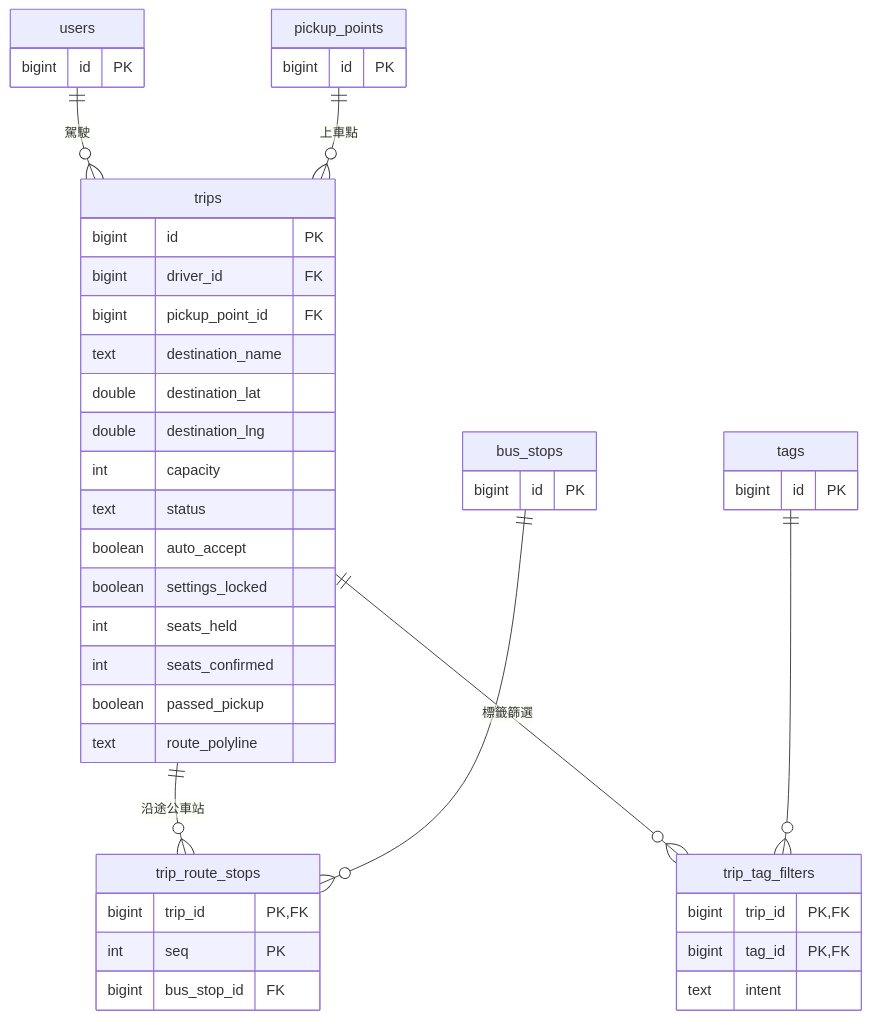
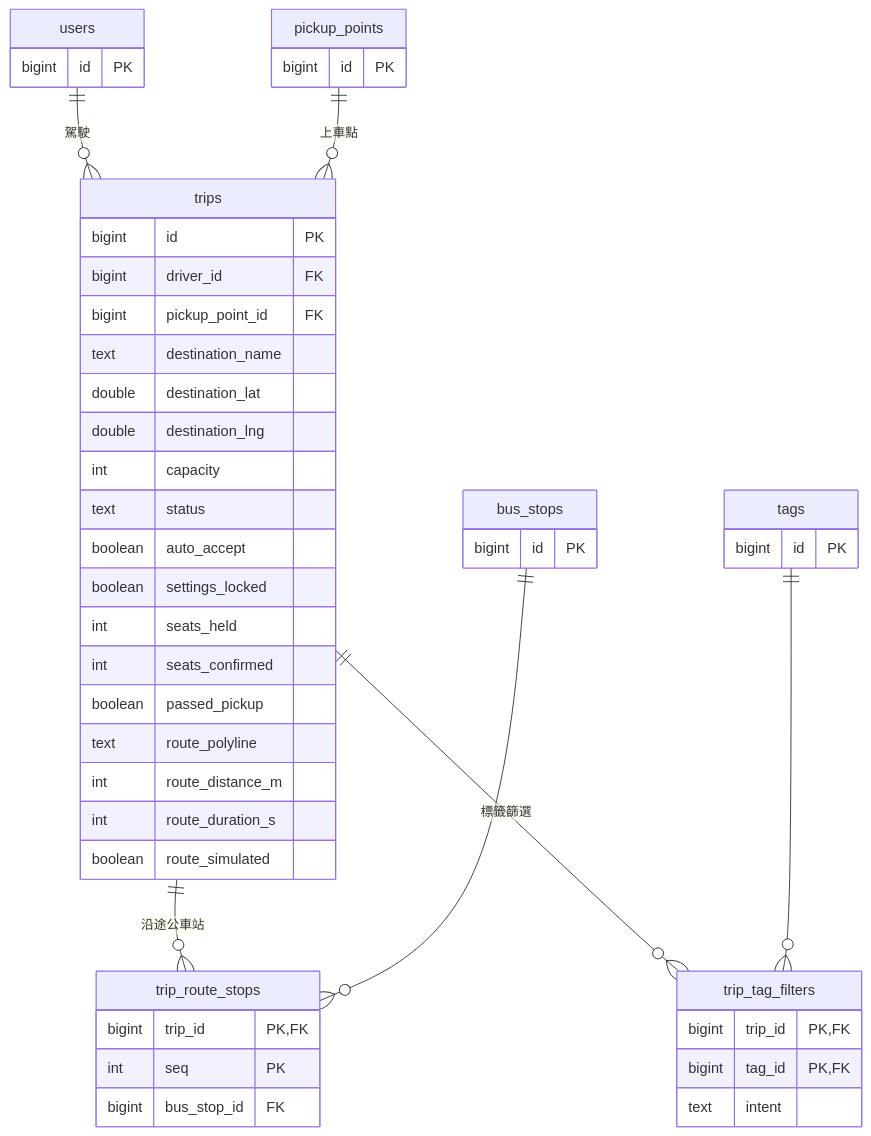
Before and after one commit to sohoffice/debugthon-carpool: the fifth of 13 diagrams in docs/design.md, drawn with Mermaid. The commit also changed other lines of this file and 17 other files, not shown here.

````diff
--- a/docs/design.md
+++ b/docs/design.md
@@ -471,48 +471,51 @@
 ```mermaid
 erDiagram
     users ||--o{ trips : "駕駛"
     pickup_points ||--o{ trips : "上車點"
     trips ||--o{ trip_route_stops : "沿途公車站"
     bus_stops ||--o{ trip_route_stops : ""
     trips ||--o{ trip_tag_filters : "標籤篩選"
     tags ||--o{ trip_tag_filters : ""
 
     trips {
         bigint id PK
         bigint driver_id FK
         bigint pickup_point_id FK
         text destination_name
         double destination_lat
         double destination_lng
         int capacity
         text status
         boolean auto_accept
         boolean settings_locked
         int seats_held
         int seats_confirmed
         boolean passed_pickup
         text route_polyline
+        int route_distance_m
+        int route_duration_s
+        boolean route_simulated
     }
     trip_route_stops {
         bigint trip_id PK, FK
         int seq PK
         bigint bus_stop_id FK
     }
     trip_tag_filters {
         bigint trip_id PK, FK
         bigint tag_id PK, FK
         text intent
     }
     users {
         bigint id PK
     }
     pickup_points {
         bigint id PK
     }
     bus_stops {
         bigint id PK
     }
     tags {
         bigint id PK
     }
 ```
````
